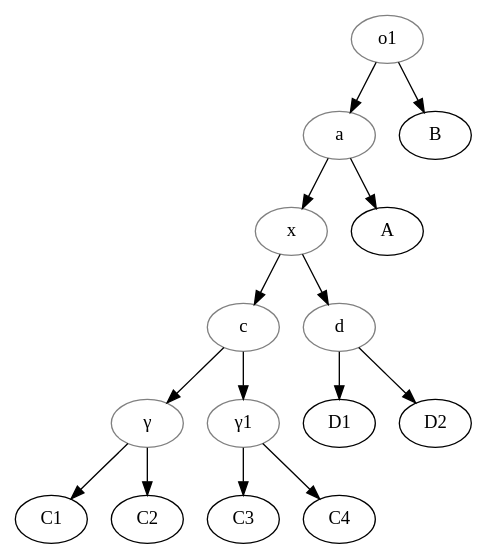
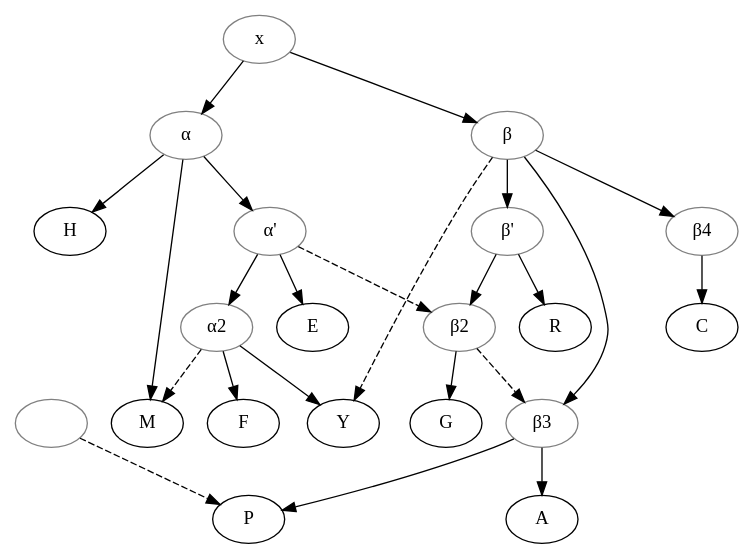
One commit to OpenStemmata/database changed the diagram in data/fro/Ewert_1932_NA/stemma.gv. Above: the diagram before and after it, drawn with Graphviz. The commit also changed 65 other files, not shown here.

```diff
--- a/data/fro/Ewert_1932_NA/stemma.gv
+++ b/data/fro/Ewert_1932_NA/stemma.gv
@@ -1,23 +1,35 @@
 digraph {
-a[color="grey"];
-c[color="grey"];
-d[color="grey"];
-gamma[label="γ", color="grey"];
-gamma1[label="γ1"color="grey"];
-o1[color="grey"];
+1[label="", color="grey"];
+alpha[label="α", color="grey"];
+alphaprime[label="α'", color="grey"];
+alpha2[label="α2"color="grey"];
+beta[label="β", color="grey"];
+betaprime[label="β'", color="grey"];
+beta2[label="β2"color="grey"];
+beta3[label="β3"color="grey"];
+beta4[label="β4"color="grey"];
 x[color="grey"];
-o1->B;
-o1->a;
-a->A;
-a->x;
-x->c;
-c->gamma;
-gamma->C1;
-gamma->C2;
-c->gamma1;
-gamma1->C3;
-gamma1->C4;
-x->d;
-d->D1;
-d->D2;
+x->alpha;
+alpha->H;
+alpha->M;
+alpha->alphaprime;
+alphaprime->alpha2;
+alpha2->M[style=dashed];
+alpha2->F;
+alpha2->Y;
+alphaprime->E;
+alphaprime->beta2[style=dashed];
+x->beta;
+beta->Y[style=dashed];
+beta->beta4;
+beta4->C;
+beta->beta3;
+beta3->A;
+beta3->P;
+beta->betaprime;
+betaprime->beta2;
+beta2->beta3[style=dashed];
+beta2->G;
+betaprime->R;
+1->P[style=dashed];
 }
```
